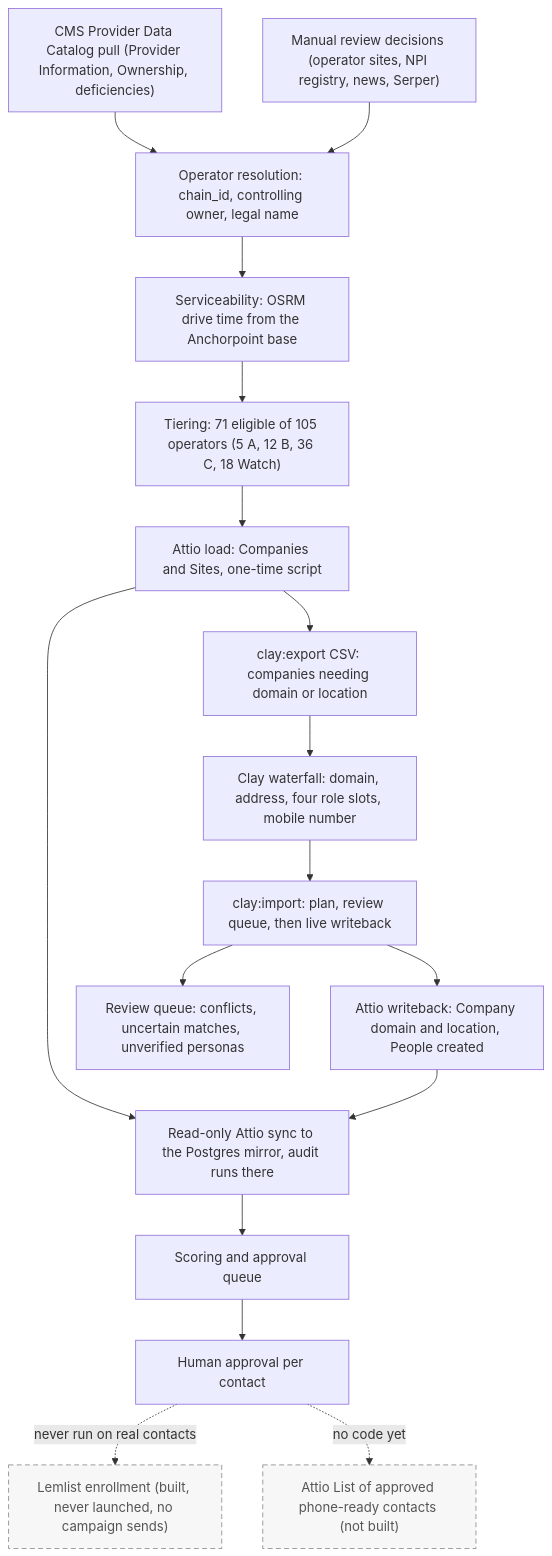
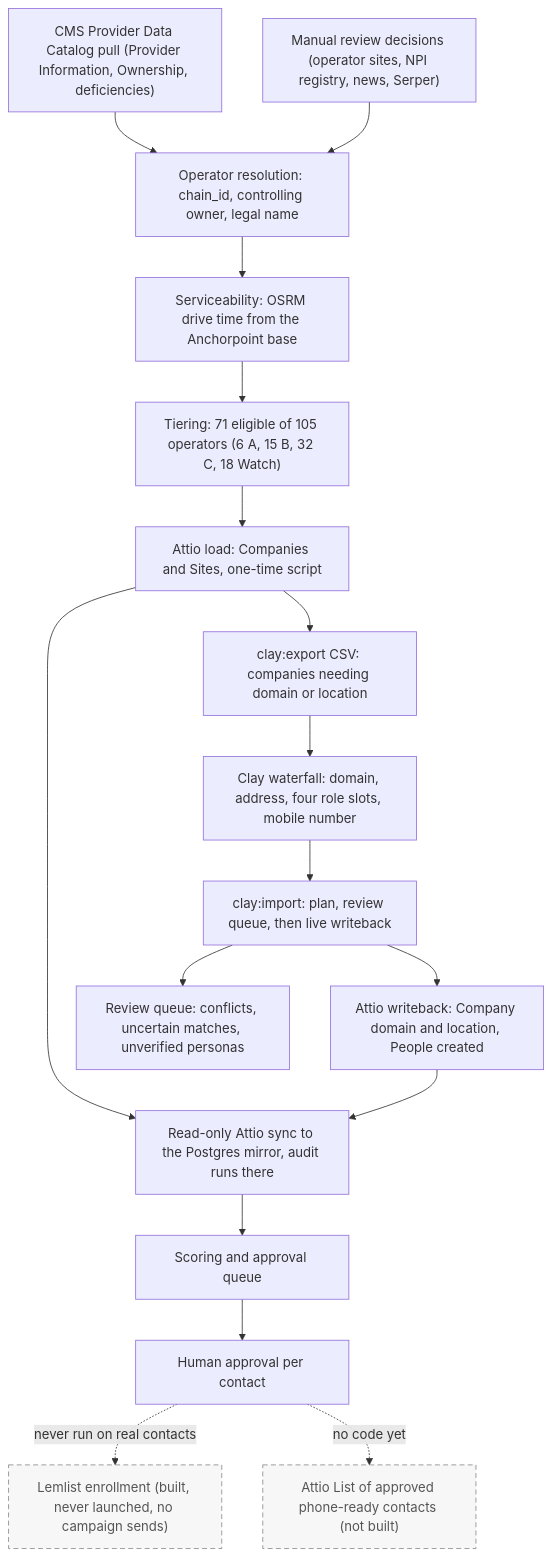
Before and after one commit to XanderCogan/AnchorpointGTME: the first of 3 diagrams in docs/portfolio/diagrams.md, drawn with Mermaid. The commit also changed 9 other files, not shown here.

````diff
--- a/docs/portfolio/diagrams.md
+++ b/docs/portfolio/diagrams.md
@@ -7,32 +7,32 @@
 ```mermaid
 flowchart TD
     cms["CMS Provider Data Catalog pull (Provider Information, Ownership, deficiencies)"]
     review["Manual review decisions (operator sites, NPI registry, news, Serper)"]
     resolve["Operator resolution: chain_id, controlling owner, legal name"]
     serv["Serviceability: OSRM drive time from the Anchorpoint base"]
-    tier["Tiering: 71 eligible of 105 operators (5 A, 12 B, 36 C, 18 Watch)"]
+    tier["Tiering: 71 eligible of 105 operators (6 A, 15 B, 32 C, 18 Watch)"]
     load["Attio load: Companies and Sites, one-time script"]
     mirror["Read-only Attio sync to the Postgres mirror, audit runs there"]
     export["clay:export CSV: companies needing domain or location"]
     clay["Clay waterfall: domain, address, four role slots, mobile number"]
     import["clay:import: plan, review queue, then live writeback"]
     reviewq["Review queue: conflicts, uncertain matches, unverified personas"]
     writeback["Attio writeback: Company domain and location, People created"]
     score["Scoring and approval queue"]
     approve["Human approval per contact"]
     lemlist["Lemlist enrollment (built, never launched, no campaign sends)"]
     list["Attio List of approved phone-ready contacts (not built)"]
 
     cms --> resolve
     review --> resolve
     resolve --> serv --> tier --> load --> mirror
     load --> export --> clay --> import
     import --> reviewq
     import --> writeback --> mirror
     mirror --> score --> approve
     approve -. "never run on real contacts" .-> lemlist
     approve -. "no code yet" .-> list
 
     classDef unbuilt stroke-dasharray:6 4,stroke:#8a8a8a,color:#555,fill:#f7f7f7;
     class lemlist,list unbuilt;
 ```
````
